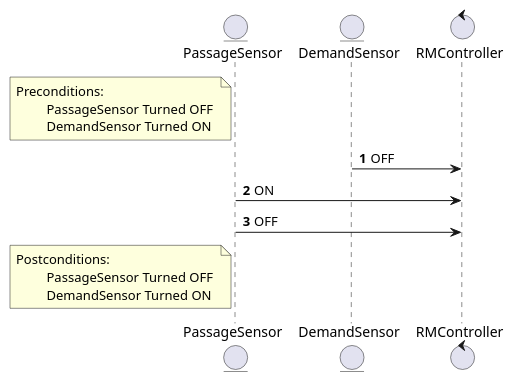
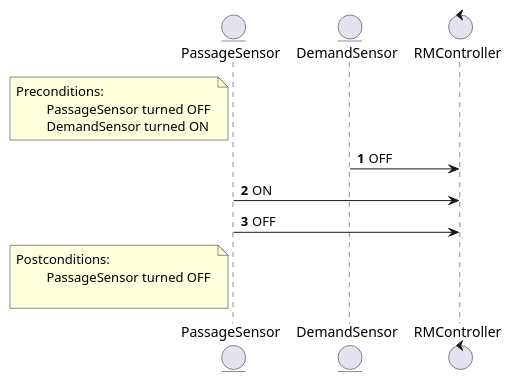
The diagram in 01_RequirementsChecking/sequence_diagram_req6.puml (MaksimKarnaukh/MoSIS), drawn with PlantUML before and after one commit.

```diff
--- a/01_RequirementsChecking/sequence_diagram_req6.puml
+++ b/01_RequirementsChecking/sequence_diagram_req6.puml
@@ -1,20 +1,20 @@
 @startuml
 autonumber
 
 '6) The passage sensor can only be turned ON once a car leaves the demand
 'sensor shifting from ON to OFF. Another car can only turn the
 'passage sensor ON once it has been turned OFF (the previous car joined the mainline).
 
 entity PassageSensor as PS
 entity DemandSensor as DS
 control RMController as RMC
 
-note left of PS : Preconditions:\n\t PassageSensor Turned OFF \n\t DemandSensor Turned ON
+note left of PS : Preconditions:\n\t PassageSensor turned OFF \n\t DemandSensor turned ON
 
 DS -> RMC : OFF
 PS -> RMC : ON
 PS -> RMC : OFF
 
-note left of PS : Postconditions:\n\t PassageSensor Turned OFF \n\t DemandSensor Turned ON
+note left of PS : Postconditions:\n\t PassageSensor turned OFF \n\t
 
 @enduml
```
